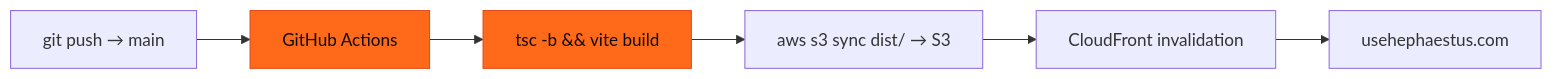
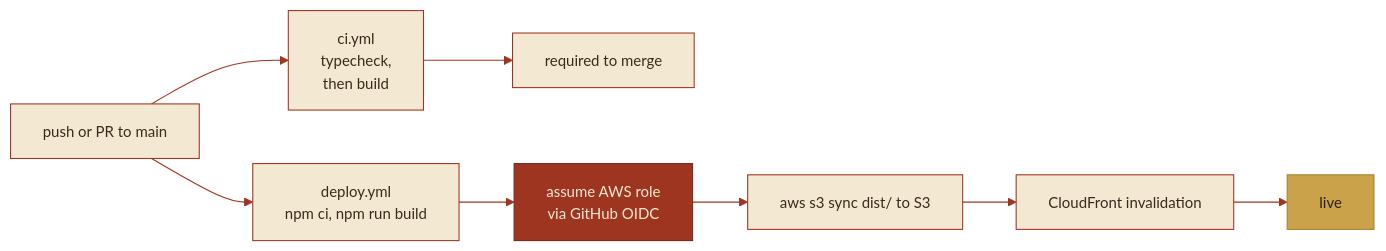
The third of 3 diagrams in ARCHITECTURE.md (SaiKasani/Hephaestus-Public), drawn with Mermaid before and after one commit. The commit also changed other lines of this file and 10 other files, not shown here.

````diff
--- a/ARCHITECTURE.md
+++ b/ARCHITECTURE.md
@@ -84,10 +230,15 @@
 ```mermaid
+%%{init: {"theme":"base","themeVariables":{"primaryColor":"#F3E8D2","primaryTextColor":"#3B2A1C","primaryBorderColor":"#9E3520","lineColor":"#9E3520","secondaryColor":"#EFE3CC","tertiaryColor":"#F6F0E1","fontFamily":"ui-serif, Georgia, serif","fontSize":"14px"}}}%%
 flowchart LR
-    DEV["git push → main"] --> GHA["GitHub Actions"]
-    GHA --> BUILD["tsc -b && vite build"]
-    BUILD --> S3["aws s3 sync dist/ → S3"]
-    S3 --> CF["CloudFront invalidation"]
-    CF --> USERS["usehephaestus.com"]
-    classDef accent fill:#ff6a1a,stroke:#e64a19,color:#0c0a09;
-    class GHA,BUILD accent;
+  P["push or PR to main"] --> CI["ci.yml<br/>typecheck,<br/>then build"]
+  CI --> M["required to merge"]
+  P --> D["deploy.yml<br/>npm ci, npm run build"]
+  D --> O["assume AWS role<br/>via GitHub OIDC"]
+  O --> S["aws s3 sync dist/ to S3"]
+  S --> C["CloudFront invalidation"]
+  C --> L["live"]
+  classDef hot fill:#9E3520,stroke:#7A2717,color:#F3E8D2;
+  classDef gold fill:#C9A24A,stroke:#A5822F,color:#2B2113;
+  class O hot;
+  class L gold;
 ```
````
